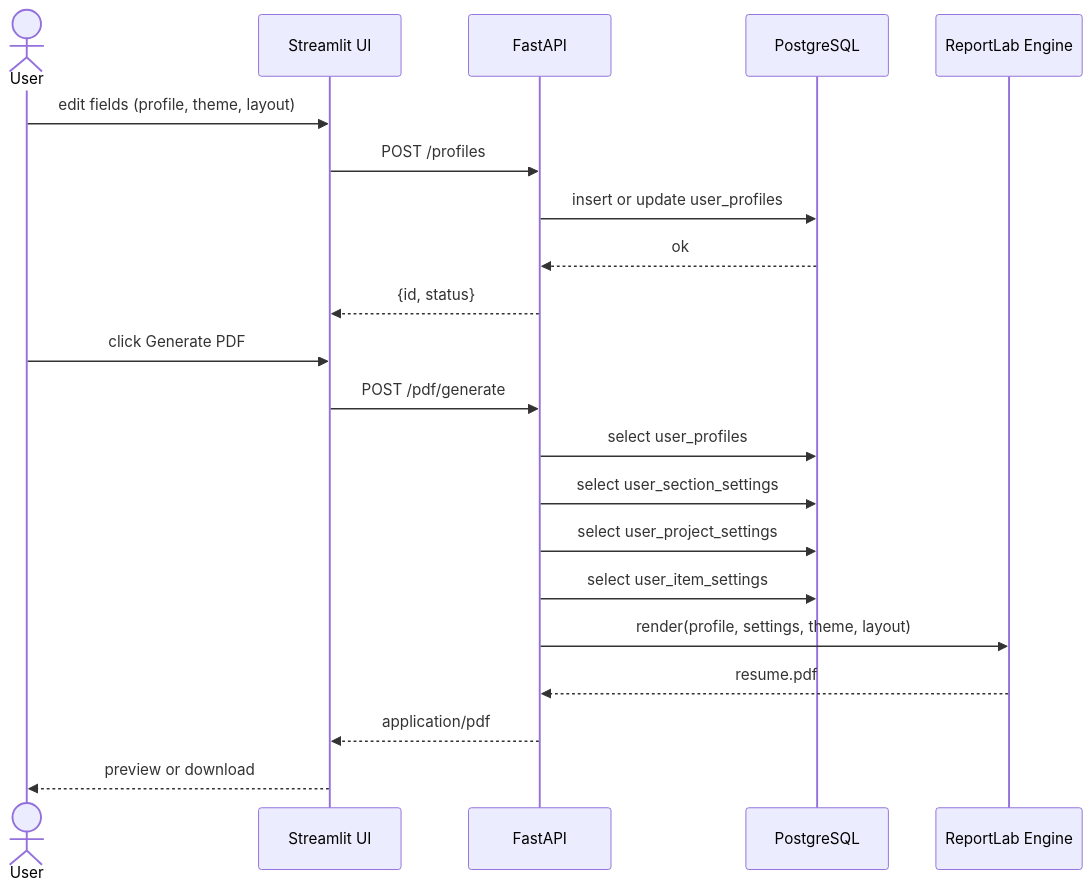
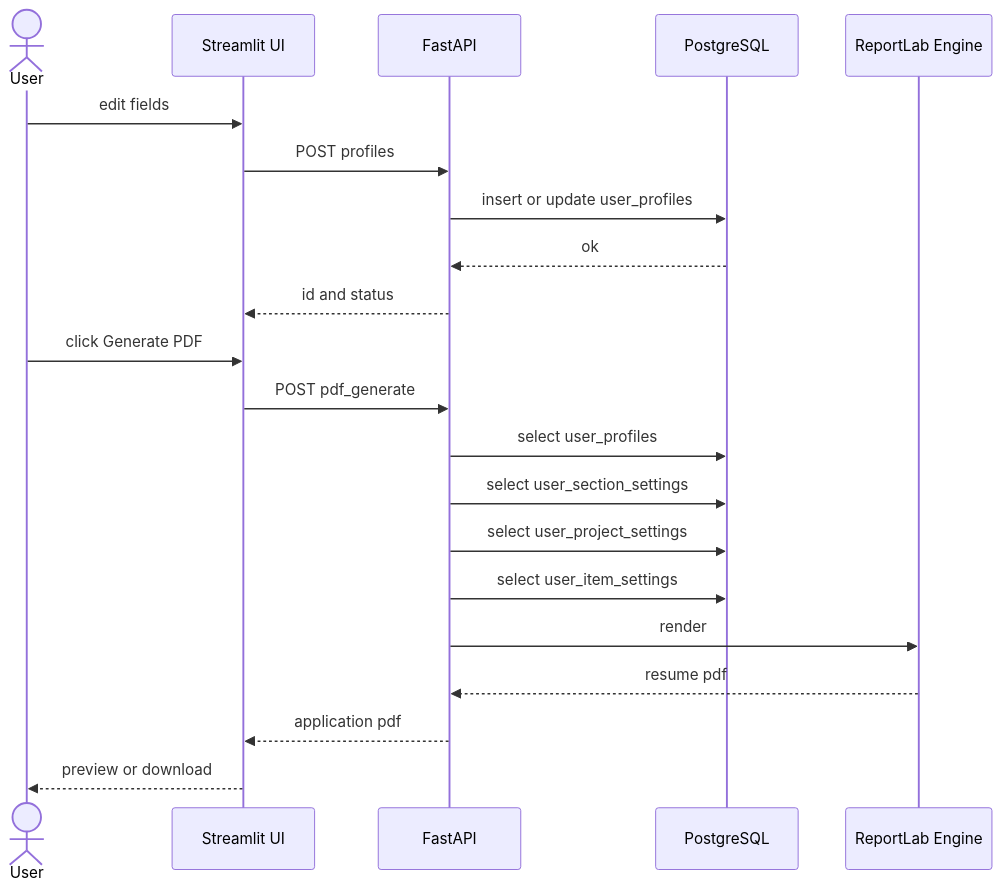
One commit to TamerOnLine/build changed the second of 3 diagrams in docs/architecture.md. Above: the diagram before and after it, drawn with Mermaid. The commit also changed other lines of this file, not shown here.

````diff
--- a/docs/architecture.md
+++ b/docs/architecture.md
@@ -48,25 +48,25 @@
 ```mermaid
 sequenceDiagram
   actor User
   participant UI as Streamlit UI
   participant API as FastAPI
   participant DB as PostgreSQL
   participant PDF as ReportLab Engine
 
-  User->>UI: edit fields (profile, theme, layout)
-  UI->>API: POST /profiles
+  User->>UI: edit fields
+  UI->>API: POST profiles
   API->>DB: insert or update user_profiles
   DB-->>API: ok
-  API-->>UI: {id, status}
+  API-->>UI: id and status
 
   User->>UI: click Generate PDF
-  UI->>API: POST /pdf/generate
+  UI->>API: POST pdf_generate
   API->>DB: select user_profiles
   API->>DB: select user_section_settings
   API->>DB: select user_project_settings
   API->>DB: select user_item_settings
-  API->>PDF: render(profile, settings, theme, layout)
-  PDF-->>API: resume.pdf
-  API-->>UI: application/pdf
+  API->>PDF: render
+  PDF-->>API: resume pdf
+  API-->>UI: application pdf
   UI-->>User: preview or download
 ```
````
